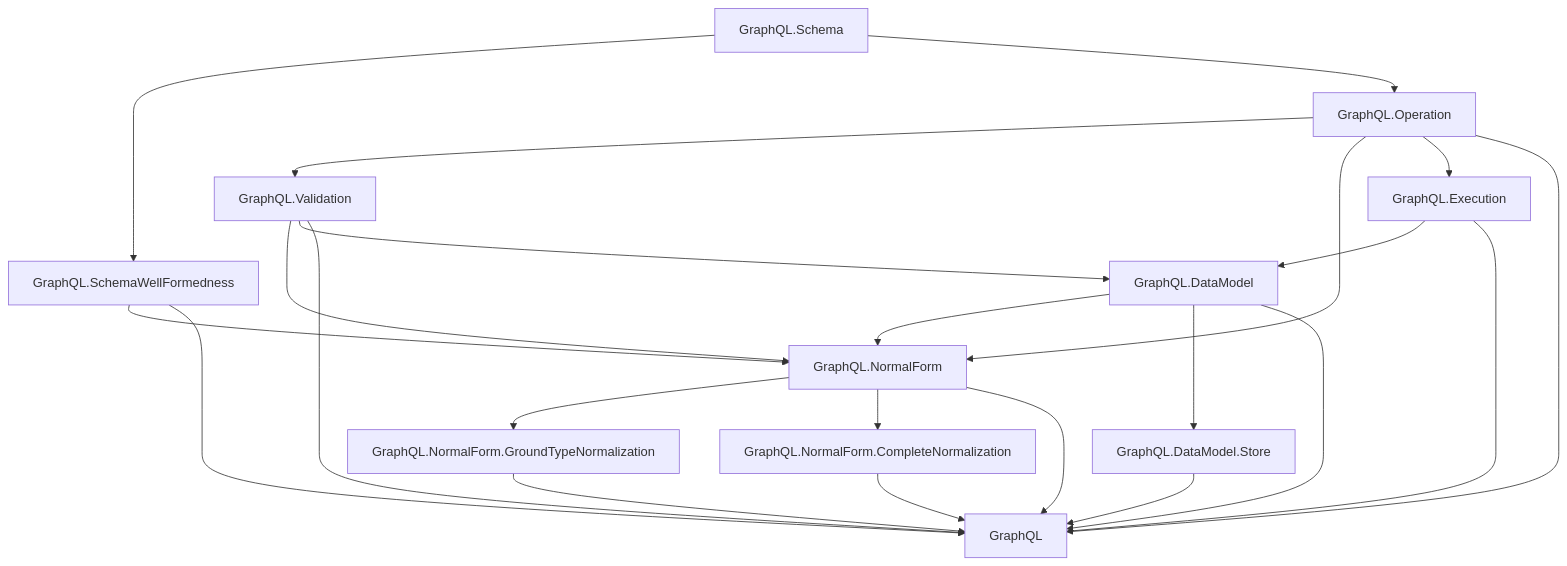
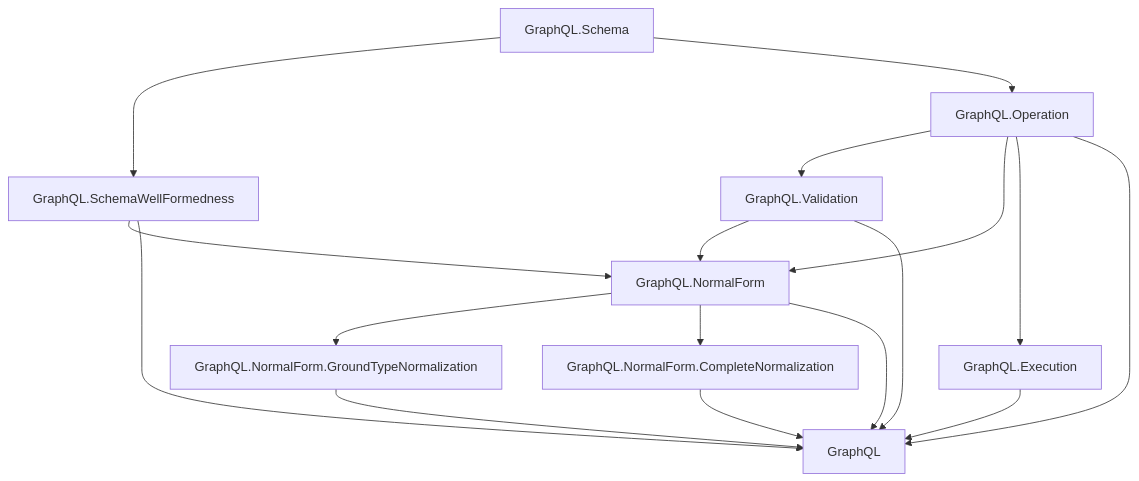
Before and after one commit to duckki/GraphQL.lean: the diagram in docs/overview.md, drawn with Mermaid. The commit also changed other lines of this file and 34 other files, not shown here.

Commit message:
refactor: remove data model layer

````diff
--- a/docs/overview.md
+++ b/docs/overview.md
@@ -11,38 +11,30 @@
 ```mermaid
 flowchart TD
   Schema["GraphQL.Schema"]
   SchemaWF["GraphQL.SchemaWellFormedness"]
   Operation["GraphQL.Operation"]
   Validation["GraphQL.Validation"]
   NormalForm["GraphQL.NormalForm"]
   NormalFormGround["GraphQL.NormalForm.GroundTypeNormalization"]
   CompleteNormalization["GraphQL.NormalForm.CompleteNormalization"]
   Execution["GraphQL.Execution"]
-  DataModel["GraphQL.DataModel"]
-  DataModelStore["GraphQL.DataModel.Store"]
   GraphQLRoot["GraphQL"]
 
   Schema --> SchemaWF
   Schema --> Operation
   Operation --> Validation
   Operation --> NormalForm
   Operation --> Execution
-  Execution --> DataModel
   SchemaWF --> NormalForm
   Validation --> NormalForm
-  Validation --> DataModel
-  DataModel --> NormalForm
   NormalForm --> NormalFormGround
   NormalForm --> CompleteNormalization
-  DataModel --> DataModelStore
 
   SchemaWF --> GraphQLRoot
   Operation --> GraphQLRoot
   Validation --> GraphQLRoot
   NormalForm --> GraphQLRoot
   NormalFormGround --> GraphQLRoot
   CompleteNormalization --> GraphQLRoot
   Execution --> GraphQLRoot
-  DataModel --> GraphQLRoot
-  DataModelStore --> GraphQLRoot
 ```
````
